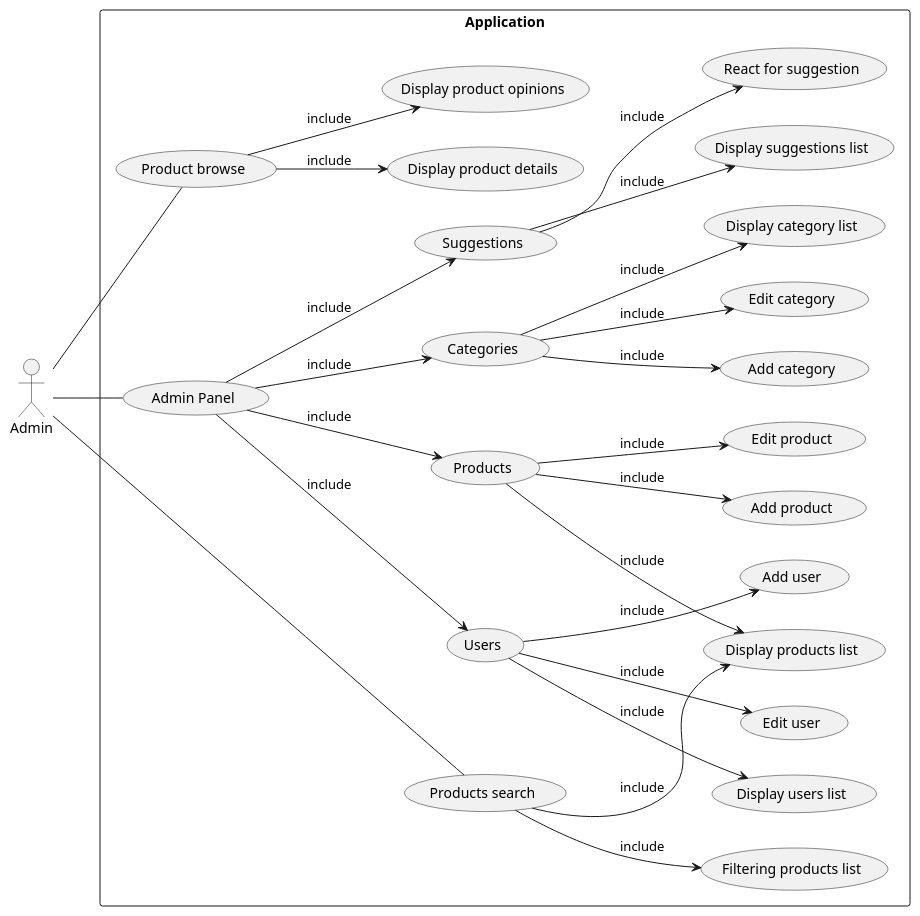
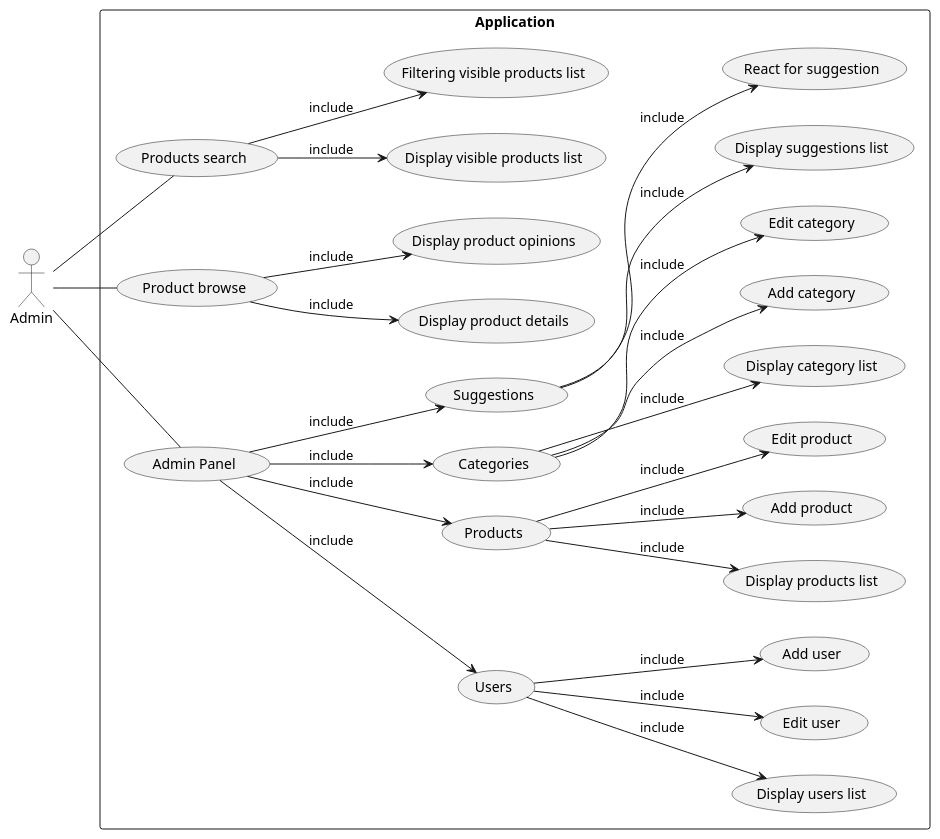
One commit to RadekBucki/OpinionCollectorArchitecture changed the fourth of 4 diagrams in README.md. Above: the diagram before and after it, drawn with PlantUML. The commit also changed other lines of this file, not shown here.

Commit message:
Update to visible products

````diff
--- a/README.md
+++ b/README.md
@@ -97,41 +97,41 @@
 ```plantuml
 @startuml
 
 left to right direction
 
 actor Admin AS admin
 
 rectangle Application {
     admin -- (Products search)
     admin -- (Product browse)
     admin -- (Admin Panel)
     
-    (Products search) --> (Display products list) : include
-    (Products search) --> (Filtering products list) : include
+    (Products search) --> (Display visible products list) : include
+    (Products search) --> (Filtering visible products list) : include
     
     (Product browse) --> (Display product details) : include
     (Product browse) --> (Display product opinions) : include
     
     (Admin Panel) --> (Users) : include
     (Admin Panel) --> (Products) : include
     (Admin Panel) --> (Categories) : include
     (Admin Panel) --> (Suggestions) : include
     
     (Users) --> (Display users list) : include
     (Users) --> (Edit user) : include
     (Users) --> (Add user) : include
     
     (Products) --> (Display products list) : include
     (Products) --> (Add product) : include
     (Products) --> (Edit product) : include
     
     (Categories) --> (Display category list) : include
     (Categories) --> (Add category) : include
     (Categories) --> (Edit category) : include
     
     (Suggestions) --> (Display suggestions list) : include
     (Suggestions) --> (React for suggestion) : include
 }
 
 @enduml
 ```
````
